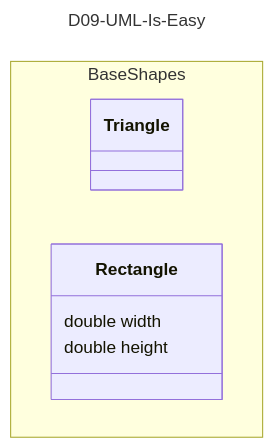
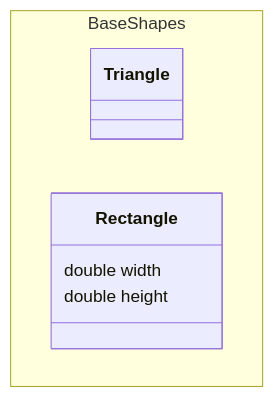
One commit to emf-info-d400/D09-UML-Is-Easy changed the second of 2 diagrams in README.md. Above: the diagram before and after it, drawn with Mermaid. The commit also changed other lines of this file, not shown here.

Commit message:
Correction UML

````diff
--- a/README.md
+++ b/README.md
@@ -16,14 +66,10 @@
 ```mermaid
----
-title: D09-UML-Is-Easy
----
 classDiagram
 namespace BaseShapes {
     class Triangle
     class Rectangle {
       double width
       double height
     }
 }
-
 ```
````
